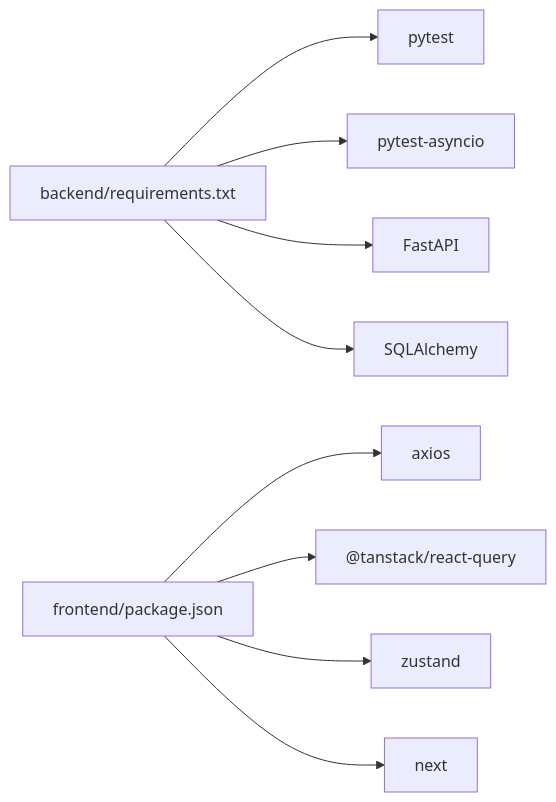
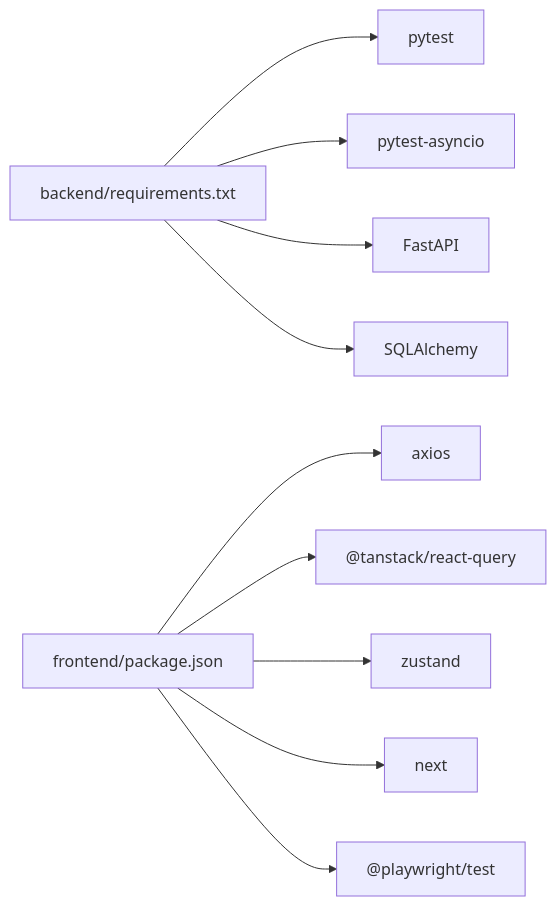
One commit to gujialind/InvestRing changed the sixth of 6 diagrams in .qoder/repowiki/zh/content/开发指南/测试策略/测试策略.md. Above: the diagram before and after it, drawn with Mermaid. The commit also changed other lines of this file and 53 other files, not shown here.

````diff
--- a/.qoder/repowiki/zh/content/开发指南/测试策略/测试策略.md
+++ b/.qoder/repowiki/zh/content/开发指南/测试策略/测试策略.md
@@ -287,11 +317,12 @@
 ```mermaid
 graph LR
 BReq["backend/requirements.txt"] --> Py["pytest"]
 BReq --> PyA["pytest-asyncio"]
 BReq --> FA["FastAPI"]
 BReq --> SA["SQLAlchemy"]
 FPkg["frontend/package.json"] --> AX["axios"]
 FPkg --> RQ["@tanstack/react-query"]
 FPkg --> ZU["zustand"]
 FPkg --> NX["next"]
+FPkg --> PW["@playwright/test"]
 ```
````
